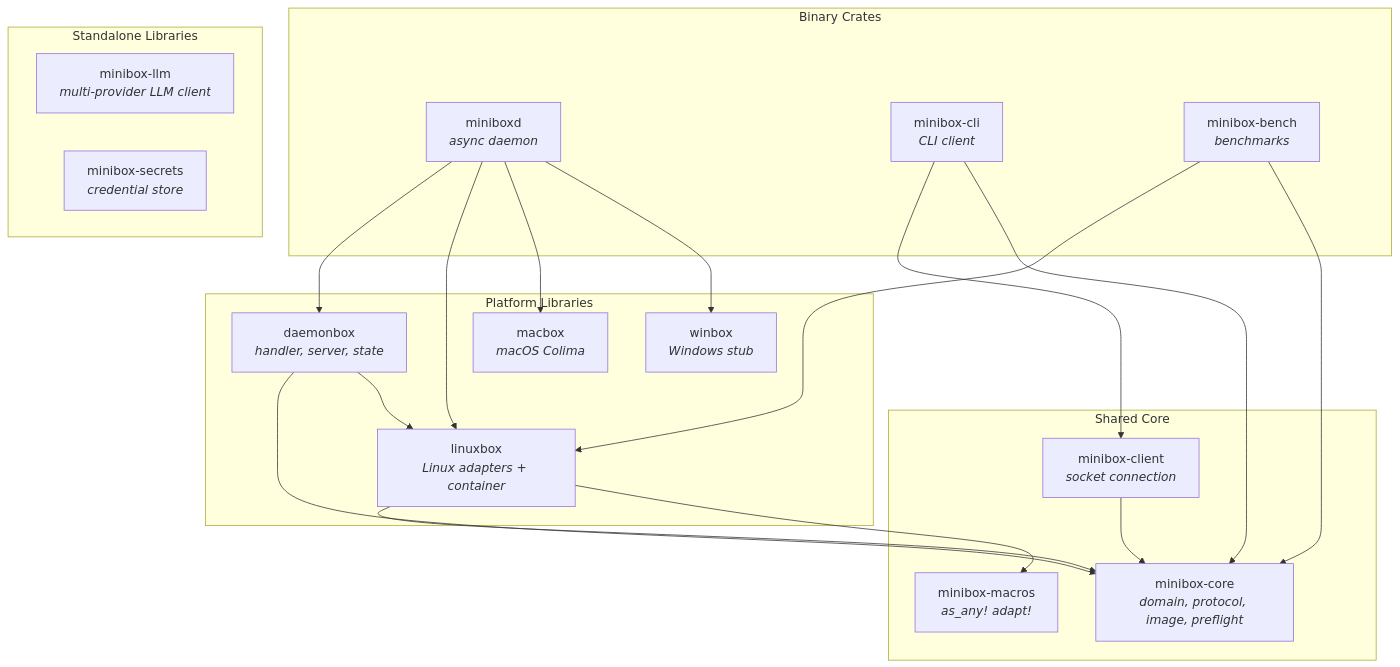
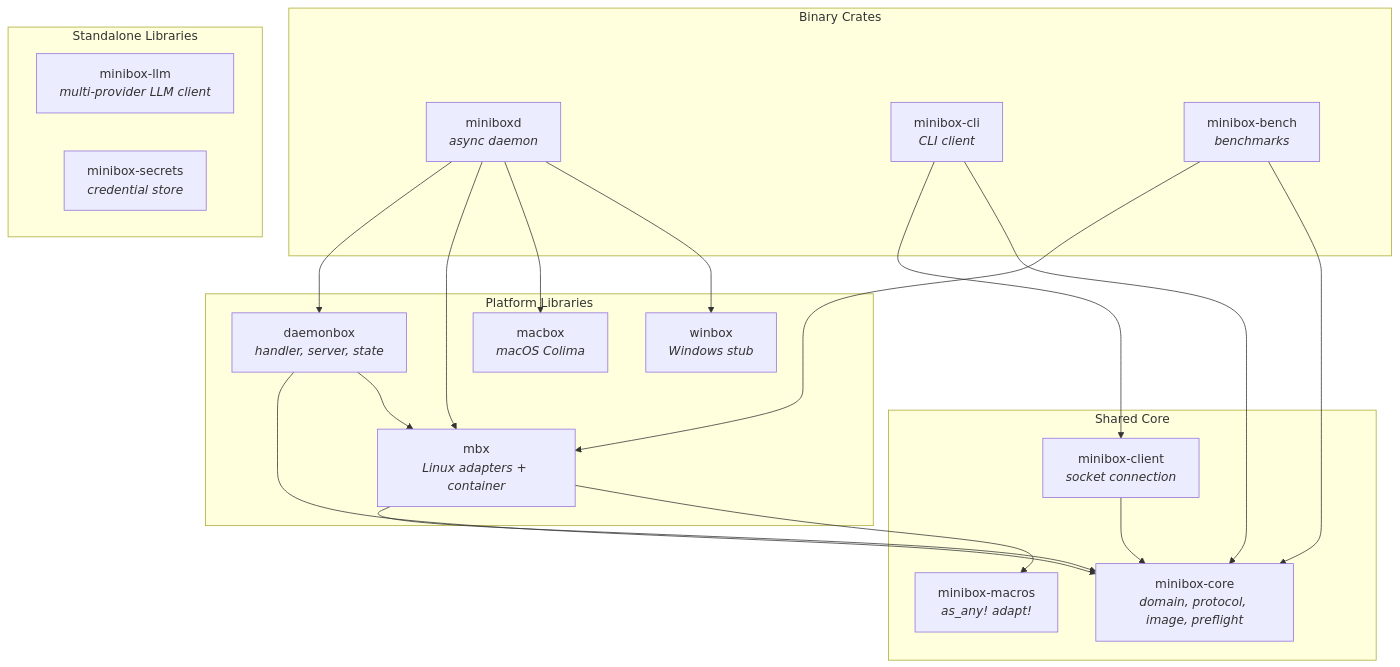
Before and after one commit to 89jobrien/minibox: the first of 18 diagrams in docs/superpowers/specs/2026-03-26-minibox-architecture.md, drawn with Mermaid. The commit also changed other lines of this file and 98 other files, not shown here.

````diff
--- a/docs/superpowers/specs/2026-03-26-minibox-architecture.md
+++ b/docs/superpowers/specs/2026-03-26-minibox-architecture.md
@@ -38,40 +38,40 @@
 ```mermaid
 graph TB
     subgraph "Binary Crates"
         miniboxd["miniboxd<br/><i>async daemon</i>"]
         cli["minibox-cli<br/><i>CLI client</i>"]
         bench["minibox-bench<br/><i>benchmarks</i>"]
     end
 
     subgraph "Platform Libraries"
         daemonbox["daemonbox<br/><i>handler, server, state</i>"]
-        linuxbox["linuxbox<br/><i>Linux adapters + container</i>"]
+        mbx["mbx<br/><i>Linux adapters + container</i>"]
         macbox["macbox<br/><i>macOS Colima</i>"]
         winbox["winbox<br/><i>Windows stub</i>"]
     end
 
     subgraph "Shared Core"
         core["minibox-core<br/><i>domain, protocol, image, preflight</i>"]
         macros["minibox-macros<br/><i>as_any! adapt!</i>"]
         client["minibox-client<br/><i>socket connection</i>"]
     end
 
     subgraph "Standalone Libraries"
         llm["minibox-llm<br/><i>multi-provider LLM client</i>"]
         secrets["minibox-secrets<br/><i>credential store</i>"]
     end
 
     miniboxd --> daemonbox
-    miniboxd --> linuxbox
+    miniboxd --> mbx
     miniboxd --> macbox
     miniboxd --> winbox
     cli --> client
     cli --> core
     client --> core
     daemonbox --> core
-    daemonbox --> linuxbox
-    linuxbox --> core
-    linuxbox --> macros
-    bench --> linuxbox
+    daemonbox --> mbx
+    mbx --> core
+    mbx --> macros
+    bench --> mbx
     bench --> core
 ```
````
